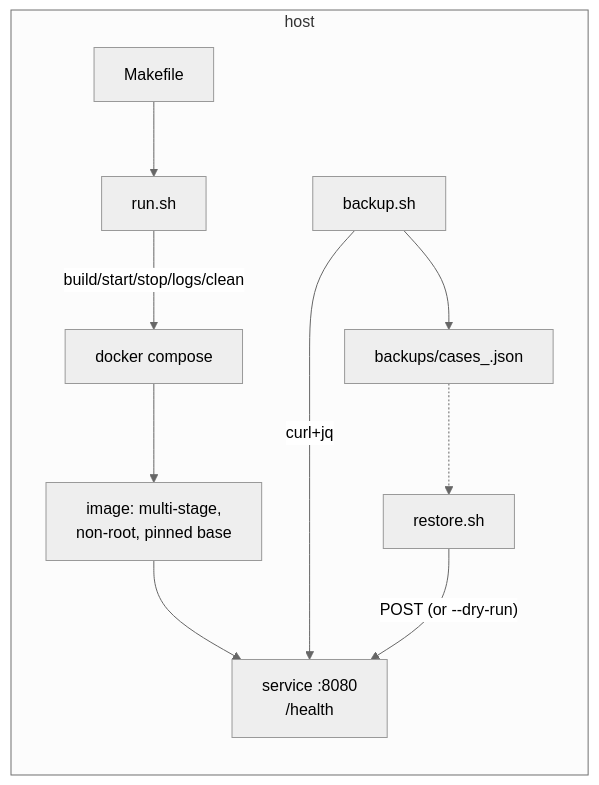
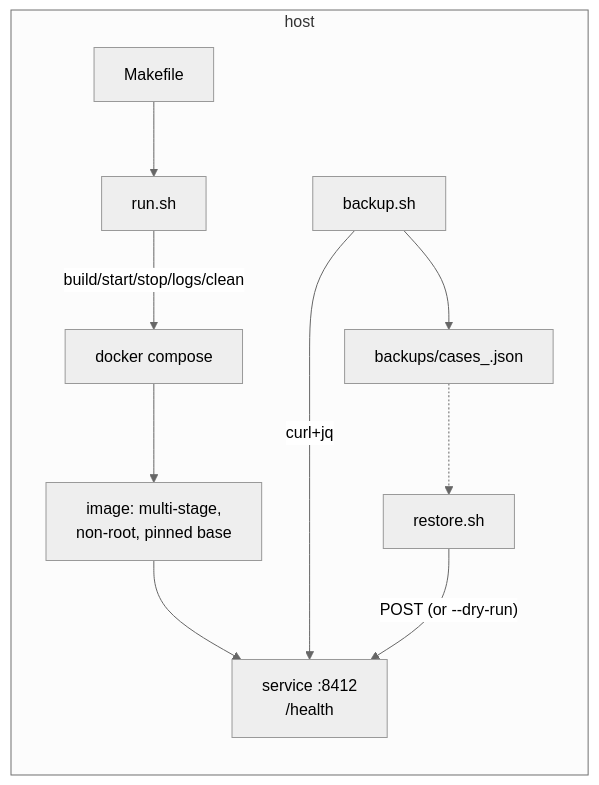
The eighth of 8 diagrams in docs/architecture.md (cyb3rb34s7/Ragenx-Assignment), drawn with Mermaid (neutral theme) before and after one commit. The commit also changed other lines of this file and 11 other files, not shown here.

````diff
--- a/docs/architecture.md
+++ b/docs/architecture.md
@@ -338,13 +340,13 @@
 ```mermaid
 flowchart LR
   subgraph host
     MK[Makefile] --> RUN[run.sh]
     RUN -->|build/start/stop/logs/clean| DC[docker compose]
     DC --> IMG["image: multi-stage,<br/>non-root, pinned base"]
-    IMG --> SVC["service :8080<br/>/health"]
+    IMG --> SVC["service :8412<br/>/health"]
     BK[backup.sh] -->|curl+jq| SVC
     BK --> FILE["backups/cases_<ts>.json"]
     RS[restore.sh] -->|"POST (or --dry-run)"| SVC
     FILE -.-> RS
   end
 ```
````
